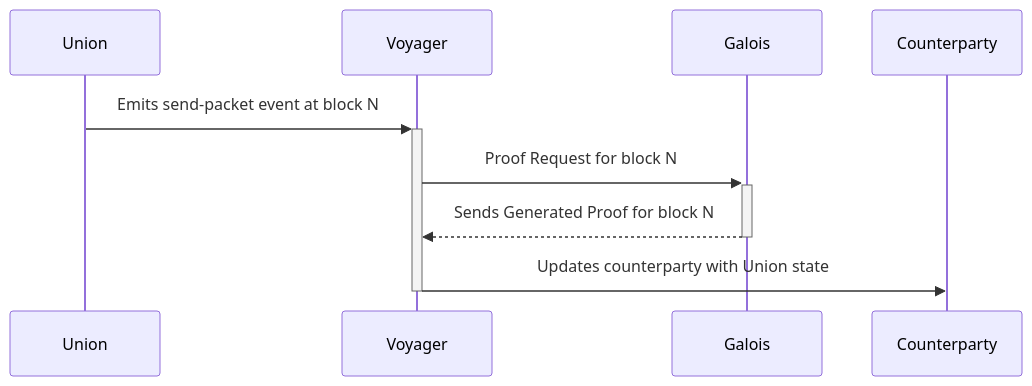
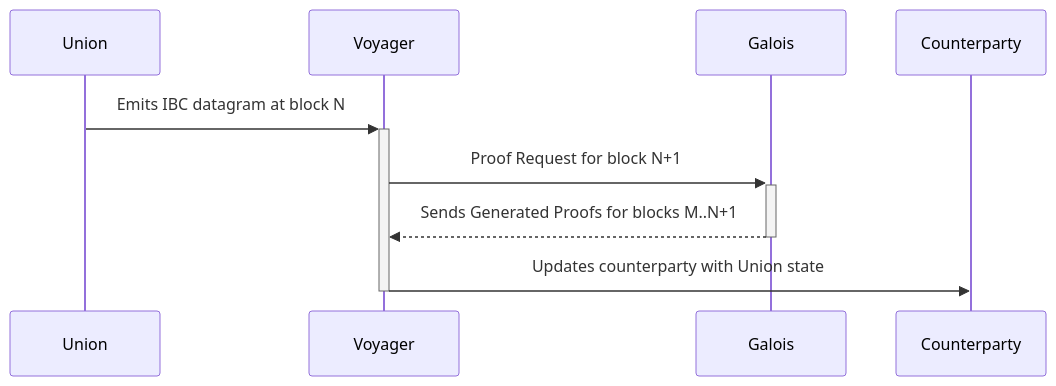
Before and after one commit to unionlabs/union: the diagram in docs/docs/02_architecture/galois.md, drawn with Mermaid. The commit also changed other lines of this file, not shown here.

Commit message:
docs: specify for val set drift

````diff
--- a/docs/docs/02_architecture/galois.md
+++ b/docs/docs/02_architecture/galois.md
@@ -21,7 +21,7 @@
 ```mermaid
 sequenceDiagram
-    Union->>+Voyager: Emits send-packet event at block N
-    Voyager->>+Galois: Proof Request for block N
-    Galois-->>-Voyager: Sends Generated Proof for block N
+    Union->>+Voyager: Emits IBC datagram at block N
+    Voyager->>+Galois: Proof Request for block N+1
+    Galois-->>-Voyager: Sends Generated Proofs for blocks M..N+1
     Voyager->>-Counterparty: Updates counterparty with Union state
 ```
````
